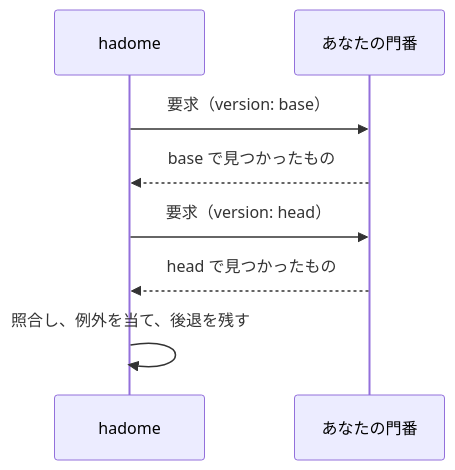
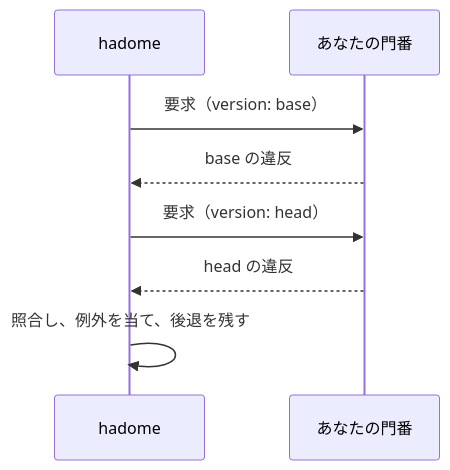
Before and after one commit to rerorets/hadome: the diagram in docs/external-gates.ja.md, drawn with Mermaid. The commit also changed other lines of this file and 40 other files, not shown here.

````diff
--- a/docs/external-gates.ja.md
+++ b/docs/external-gates.ja.md
@@ -32,10 +37,10 @@
 ```mermaid
 sequenceDiagram
   participant H as hadome
   participant G as あなたの門番
   H->>G: 要求（version: base）
-  G-->>H: base で見つかったもの
+  G-->>H: base の違反
   H->>G: 要求（version: head）
-  G-->>H: head で見つかったもの
+  G-->>H: head の違反
   H->>H: 照合し、例外を当て、後退を残す
 ```
````
